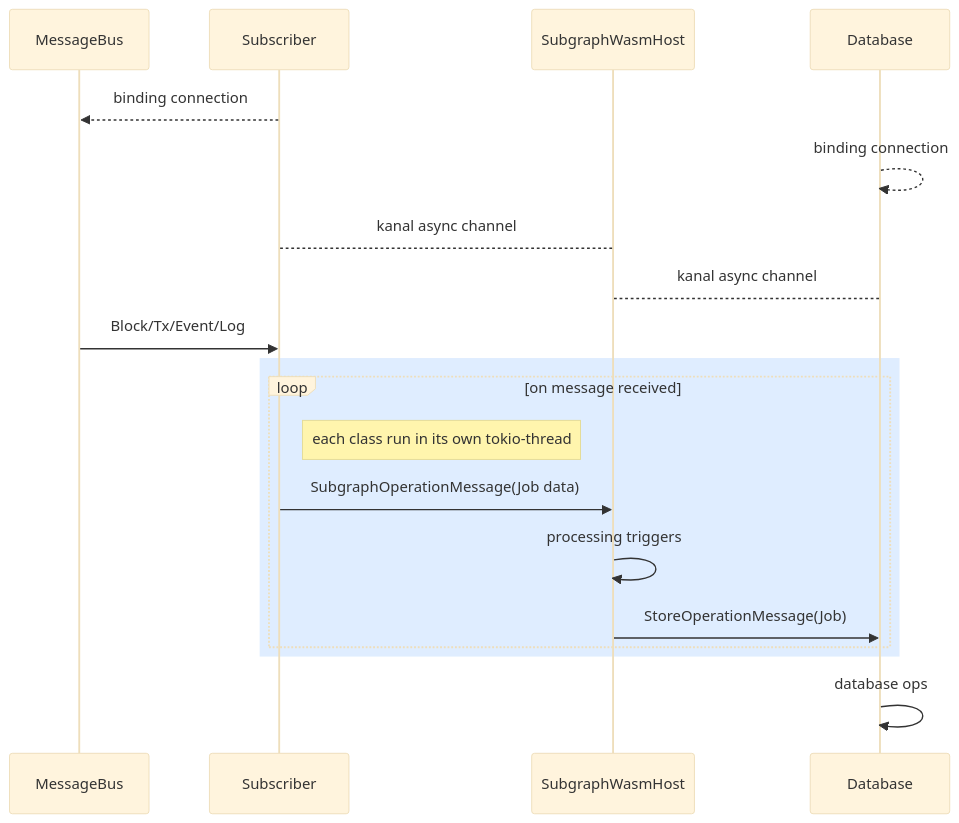
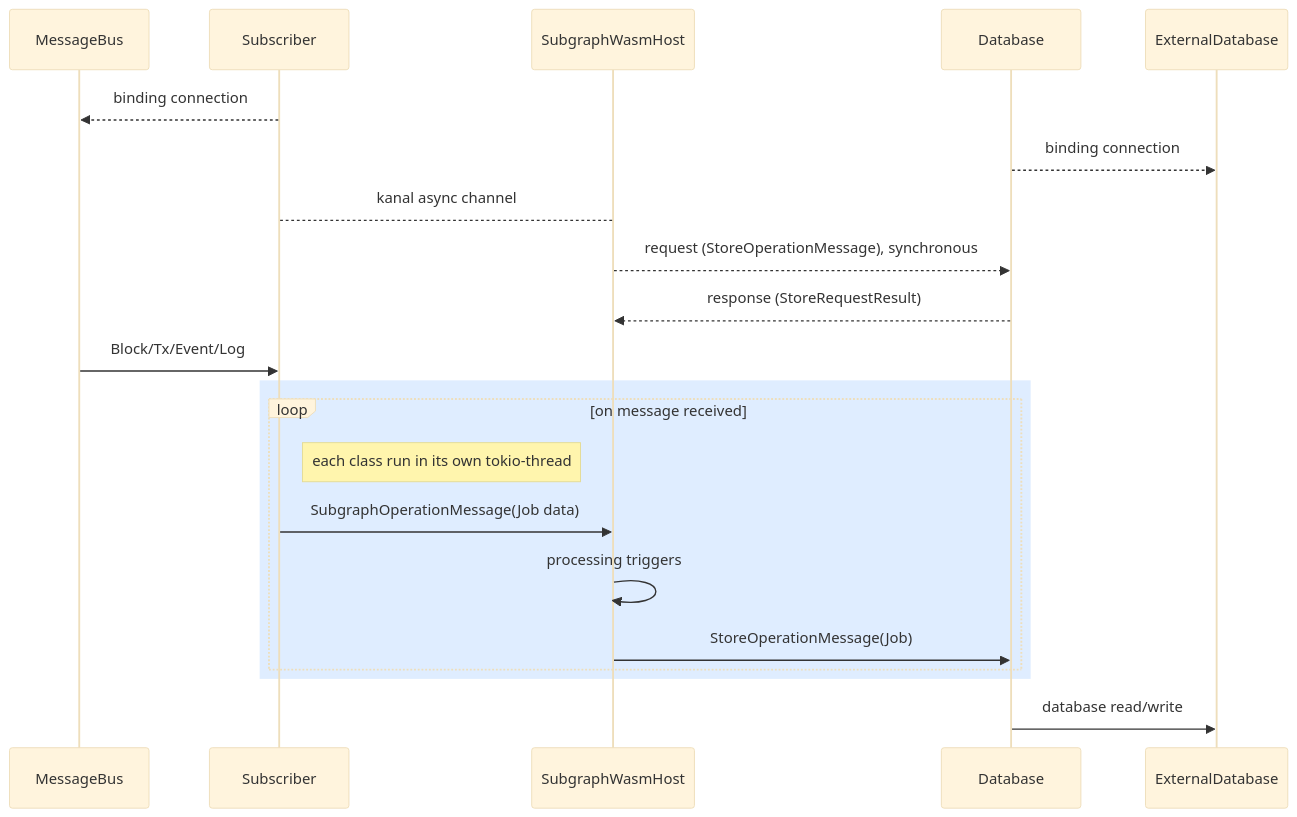
The diagram in README.md (datafast-network/datafast-runtime), drawn with Mermaid (base theme) before and after one commit.

````diff
--- a/README.md
+++ b/README.md
@@ -15,25 +15,26 @@
 ```mermaid
 sequenceDiagram
     participant MessageBus
     participant Subscriber
     participant SubgraphWasmHost
     participant Database
     participant Database
 
     Subscriber-->>MessageBus: binding connection
-    Database-->>Database: binding connection
+    Database-->>ExternalDatabase: binding connection
     Subscriber-->SubgraphWasmHost: kanal async channel
-    SubgraphWasmHost-->Database: kanal async channel
+    SubgraphWasmHost-->>Database: request (StoreOperationMessage), synchronous
+    Database-->>SubgraphWasmHost: response (StoreRequestResult)
     MessageBus->>Subscriber: Block/Tx/Event/Log
 
     rect rgb(191, 220, 255, .5)
     loop on message received
         note right of Subscriber: each class run in its own tokio-thread
         Subscriber->> SubgraphWasmHost: SubgraphOperationMessage(Job data)
         SubgraphWasmHost->>SubgraphWasmHost: processing triggers
         SubgraphWasmHost->>Database: StoreOperationMessage(Job)
     end
     end
 
-    Database->>Database: database ops
+    Database->>ExternalDatabase: database read/write
 ```
````
